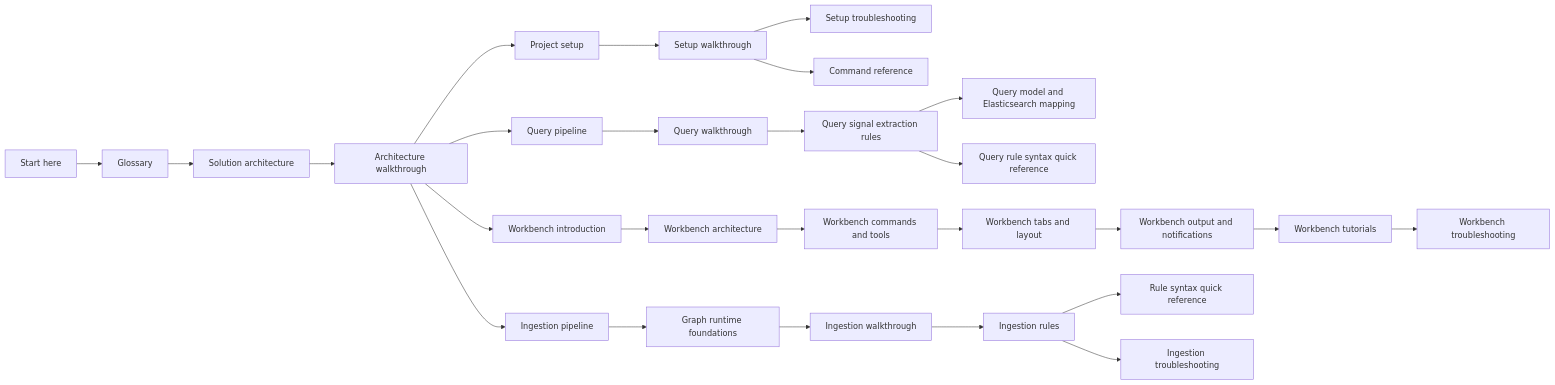
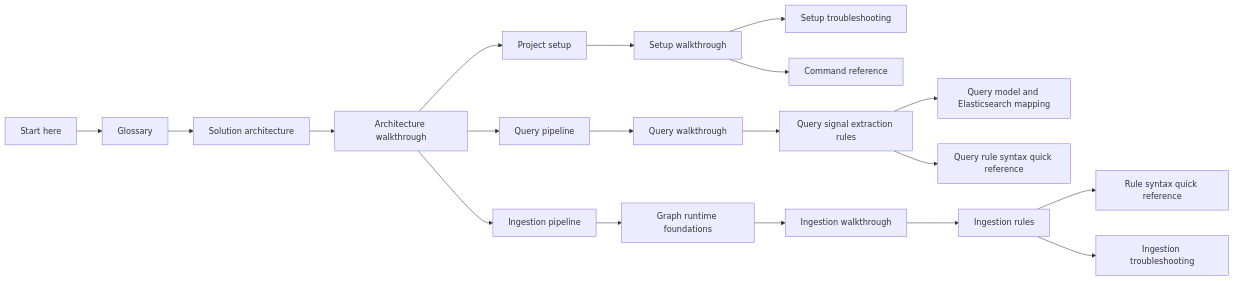
Before and after one commit to UKHO/UKHO.Search: the diagram in wiki/Home.md, drawn with Mermaid. The commit also changed other lines of this file and 2308 other files, not shown here.

````diff
--- a/wiki/Home.md
+++ b/wiki/Home.md
@@ -20,28 +20,21 @@
 ```mermaid
 flowchart LR
     Start[Start here] --> Glossary[Glossary]
     Glossary --> Architecture[Solution architecture]
     Architecture --> Walkthrough[Architecture walkthrough]
     Walkthrough --> Setup[Project setup]
     Setup --> SetupWalkthrough[Setup walkthrough]
     SetupWalkthrough --> SetupTroubleshooting[Setup troubleshooting]
     SetupWalkthrough --> CommandReference[Command reference]
     Walkthrough --> Ingestion[Ingestion pipeline]
     Walkthrough --> Query[Query pipeline]
-    Walkthrough --> Workbench[Workbench introduction]
     Query --> QueryWalkthrough[Query walkthrough]
     QueryWalkthrough --> QueryRules[Query signal extraction rules]
     QueryRules --> QueryMapping[Query model and Elasticsearch mapping]
     QueryRules --> QueryRuleReference[Query rule syntax quick reference]
-    Workbench --> WorkbenchArchitecture[Workbench architecture]
-    WorkbenchArchitecture --> WorkbenchCommands[Workbench commands and tools]
-    WorkbenchCommands --> WorkbenchTabs[Workbench tabs and layout]
-    WorkbenchTabs --> WorkbenchOutput[Workbench output and notifications]
-    WorkbenchOutput --> WorkbenchTutorials[Workbench tutorials]
-    WorkbenchTutorials --> WorkbenchTroubleshooting[Workbench troubleshooting]
     Ingestion --> Runtime[Graph runtime foundations]
     Runtime --> IngestionWalkthrough[Ingestion walkthrough]
     IngestionWalkthrough --> Rules[Ingestion rules]
     Rules --> RuleReference[Rule syntax quick reference]
     Rules --> IngestionTroubleshooting[Ingestion troubleshooting]
 ```
````
